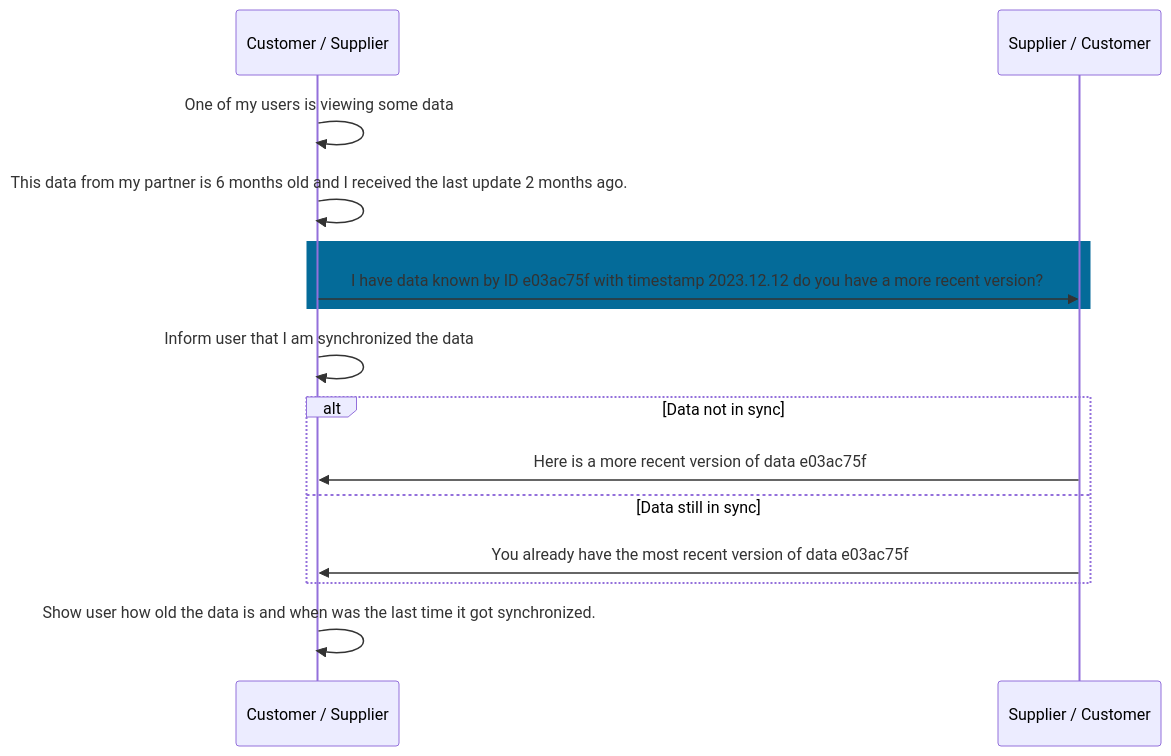
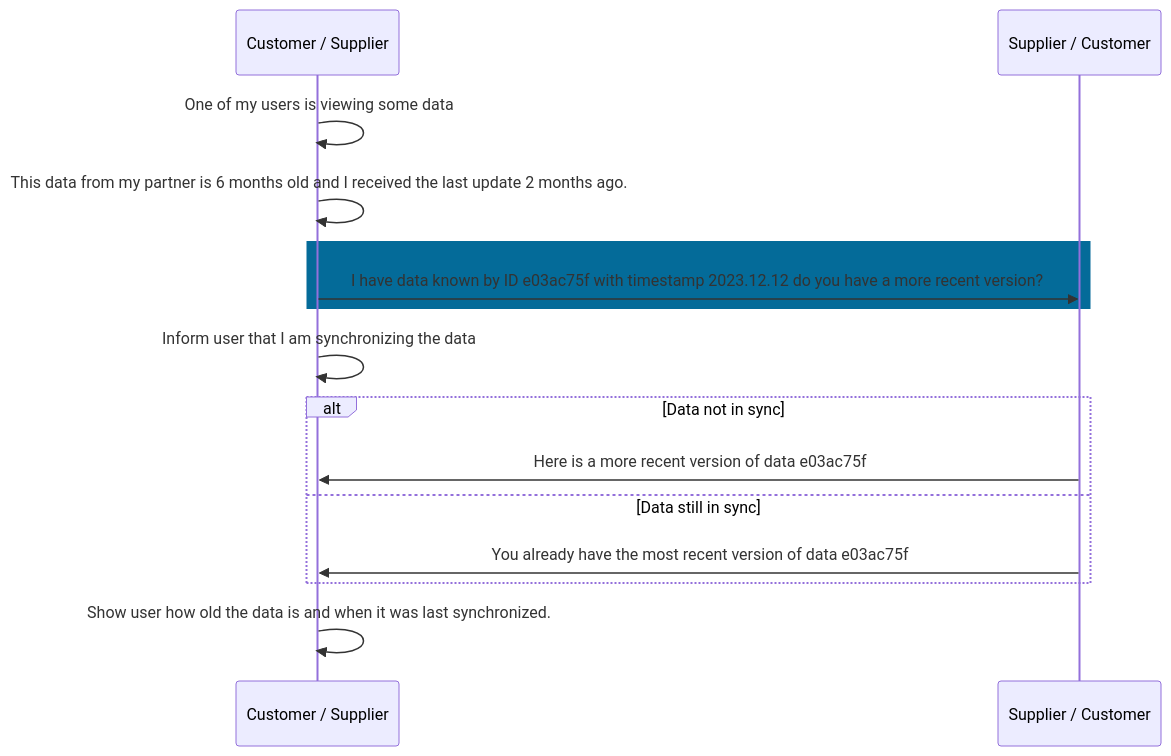
Before and after one commit to eclipse-tractusx/eclipse-tractusx.github.io: the diagram in docs-kits/kits/Demand and Capacity Management Kit/adoption-view/use-case/rfu.md, drawn with Mermaid. The commit also changed 1 other file, not shown here.

Commit message:
spelling and grammar

````diff
--- a/docs-kits/kits/Demand and Capacity Management Kit/adoption-view/use-case/rfu.md
+++ b/docs-kits/kits/Demand and Capacity Management Kit/adoption-view/use-case/rfu.md
@@ -23,19 +23,19 @@
 ```mermaid
 sequenceDiagram
 Participant c as Customer / Supplier
 Participant s as Supplier / Customer
 c->>c: One of my users is viewing some data
 c->>c: This data from my partner is 6 months old and I received the last update 2 months ago.
 rect rgb(4,107,153) 
 c->>s: I have data known by ID e03ac75f with timestamp 2023.12.12 do you have a more recent version?
 
 end
-c->>c: Inform user that I am synchronized the data
+c->>c: Inform user that I am synchronizing the data
 alt Data not in sync
 s->>c: Here is a more recent version of data e03ac75f
 else Data still in sync
 s->>c: You already have the most recent version of data e03ac75f
 
 end
-c->>c: Show user how old the data is and when was the last time it got synchronized.
+c->>c: Show user how old the data is and when it was last synchronized.
 ```
````
